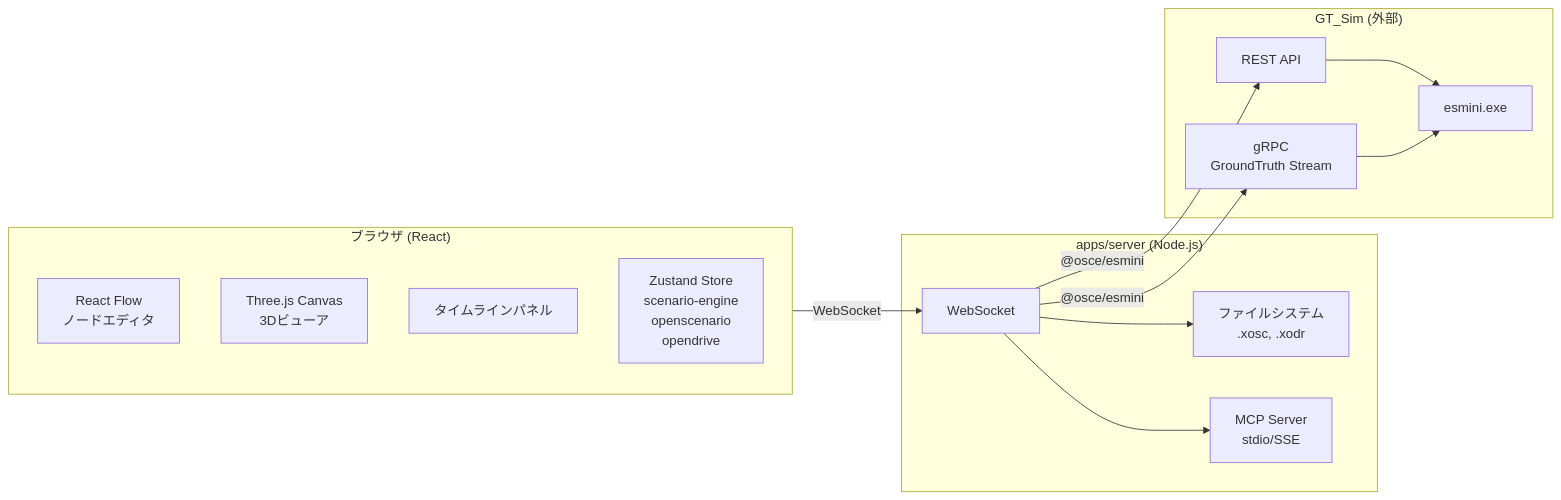
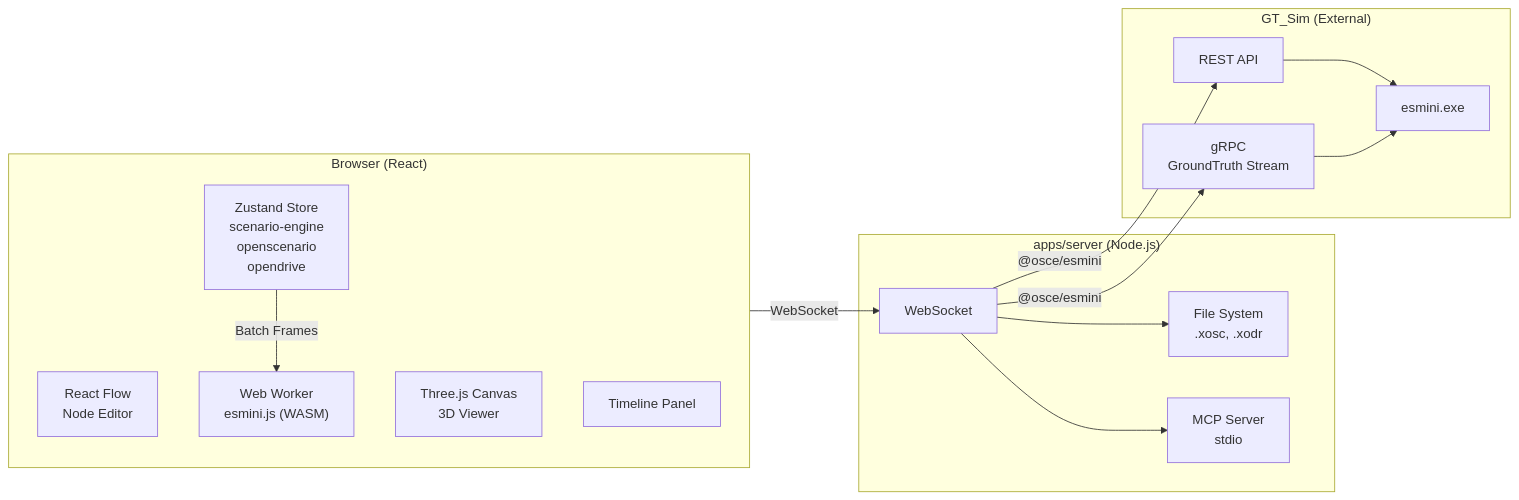
One commit to GT-karny/GT-OpenSCENARIOEditor changed the second of 7 diagrams in docs/ARCHITECTURE.md. Above: the diagram before and after it, drawn with Mermaid. The commit also changed other lines of this file and 7 other files, not shown here.

````diff
--- a/docs/ARCHITECTURE.md
+++ b/docs/ARCHITECTURE.md
@@ -67,29 +70,31 @@
 ```mermaid
 graph LR
-  subgraph Browser["ブラウザ (React)"]
-    RF["React Flow\nノードエディタ"]
-    R3F["Three.js Canvas\n3Dビューア"]
-    TL["タイムラインパネル"]
+  subgraph Browser["Browser (React)"]
+    RF["React Flow\nNode Editor"]
+    R3F["Three.js Canvas\n3D Viewer"]
+    TL["Timeline Panel"]
     Store["Zustand Store\nscenario-engine\nopenscenario\nopendrive"]
+    WASM["Web Worker\nesmini.js (WASM)"]
   end
 
   subgraph Server["apps/server (Node.js)"]
     WS["WebSocket"]
-    FS["ファイルシステム\n.xosc, .xodr"]
-    MCP["MCP Server\nstdio/SSE"]
+    FS["File System\n.xosc, .xodr"]
+    MCP["MCP Server\nstdio"]
   end
 
-  subgraph GTSim["GT_Sim (外部)"]
+  subgraph GTSim["GT_Sim (External)"]
     REST["REST API"]
     GRPC["gRPC\nGroundTruth Stream"]
     ESMINI["esmini.exe"]
   end
 
-  Browser -- WebSocket --> WS
+  Store -- "Batch Frames" --> WASM
+  Browser -- "WebSocket" --> WS
   WS --> FS
   WS --> MCP
   WS -- "@osce/esmini" --> REST
   WS -- "@osce/esmini" --> GRPC
   REST --> ESMINI
   GRPC --> ESMINI
 ```
````
